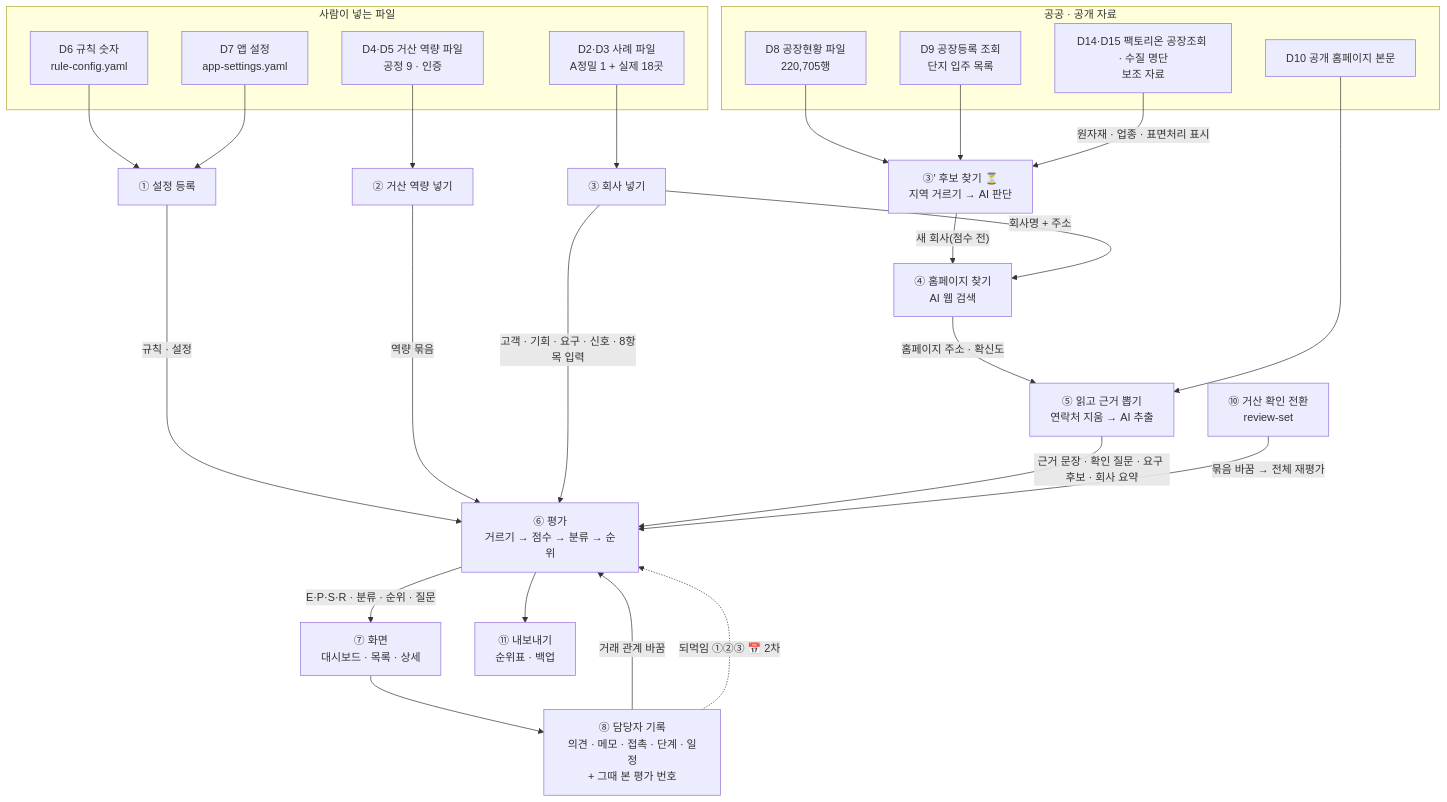
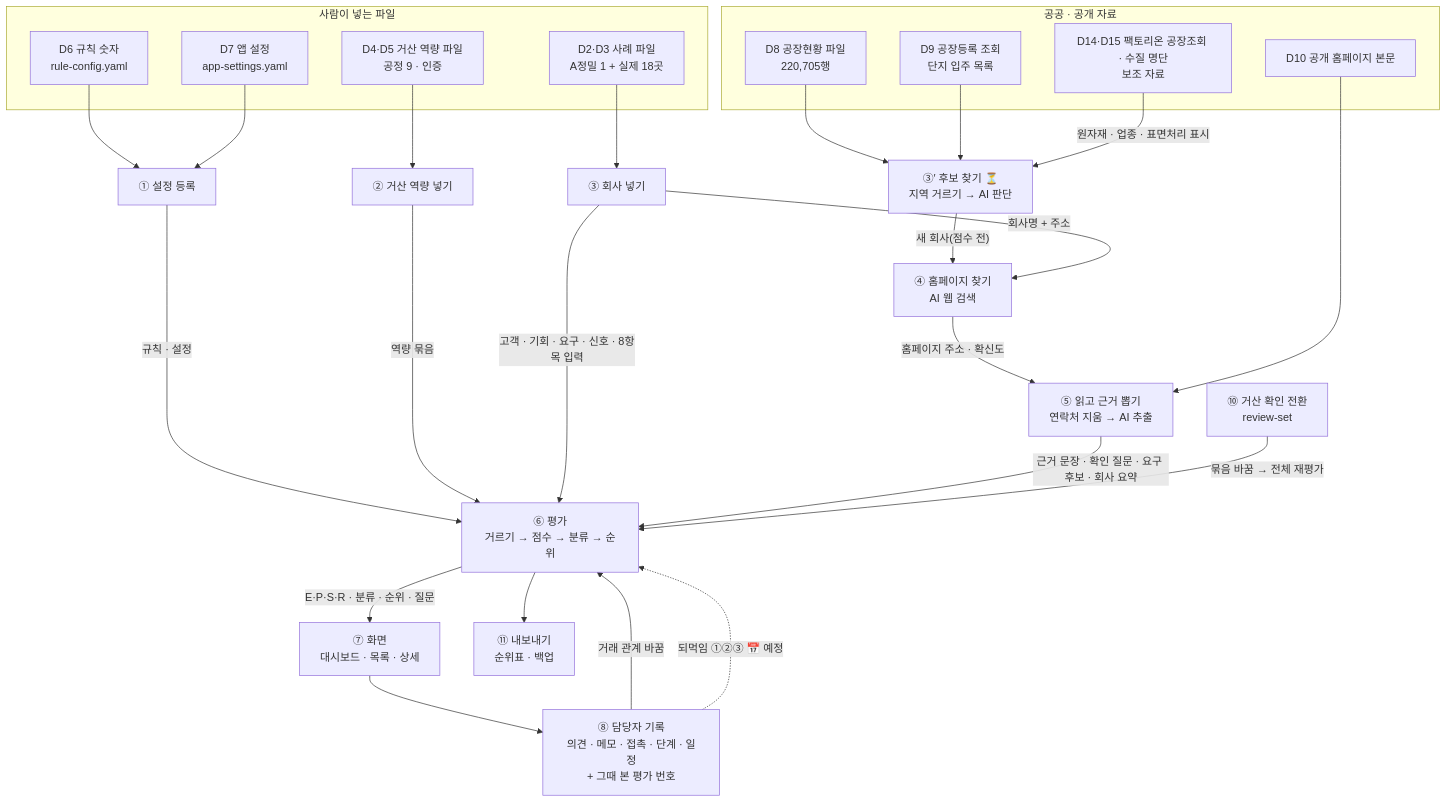
The first of 2 diagrams in docs/map/data-map.md (agent-ddalgi-team/final-geosan), drawn with Mermaid before and after one commit. The commit also changed other lines of this file and 5 other files, not shown here.

````diff
--- a/docs/map/data-map.md
+++ b/docs/map/data-map.md
@@ -47,36 +47,36 @@
 ```mermaid
 flowchart TB
     subgraph IN["사람이 넣는 파일"]
         D6["D6 규칙 숫자<br/>rule-config.yaml"]
         D7["D7 앱 설정<br/>app-settings.yaml"]
         D45["D4·D5 거산 역량 파일<br/>공정 9 · 인증"]
         D23["D2·D3 사례 파일<br/>A정밀 1 + 실제 18곳"]
     end
     subgraph PUB["공공 · 공개 자료"]
         D8["D8 공장현황 파일<br/>220,705행"]
         D9["D9 공장등록 조회<br/>단지 입주 목록"]
         D10["D10 공개 홈페이지 본문"]
         D14["D14·D15 팩토리온 공장조회 · 수질 명단<br/>보조 자료"]
     end
     D6 --> S1["① 설정 등록"]
     D7 --> S1
     D45 --> S2["② 거산 역량 넣기"]
     D23 --> S3["③ 회사 넣기"]
     D8 --> S3b["③′ 후보 찾기 ⏳<br/>지역 거르기 → AI 판단"]
     D9 --> S3b
     D14 -->|"원자재 · 업종 · 표면처리 표시"| S3b
     S3b -->|"새 회사(점수 전)"| S4
     S3 -->|"회사명 + 주소"| S4["④ 홈페이지 찾기<br/>AI 웹 검색"]
     S4 -->|"홈페이지 주소 · 확신도"| S5["⑤ 읽고 근거 뽑기<br/>연락처 지움 → AI 추출"]
     D10 --> S5
     S1 -->|"규칙 · 설정"| S6
     S2 -->|"역량 묶음"| S6
     S3 -->|"고객 · 기회 · 요구 · 신호 · 8항목 입력"| S6["⑥ 평가<br/>거르기 → 점수 → 분류 → 순위"]
     S5 -->|"근거 문장 · 확인 질문 · 요구 후보 · 회사 요약"| S6
     S6 -->|"E·P·S·R · 분류 · 순위 · 질문"| S7["⑦ 화면<br/>대시보드 · 목록 · 상세"]
     S7 --> S8["⑧ 담당자 기록<br/>의견 · 메모 · 접촉 · 단계 · 일정<br/>+ 그때 본 평가 번호"]
     S8 -->|"거래 관계 바꿈"| S6
-    S8 -.->|"되먹임 ①②③ 📅 2차"| S6
+    S8 -.->|"되먹임 ①②③ 📅 예정"| S6
     S10["⑩ 거산 확인 전환<br/>review-set"] -->|"묶음 바꿈 → 전체 재평가"| S6
     S6 --> S11["⑪ 내보내기<br/>순위표 · 백업"]
 ```
````
